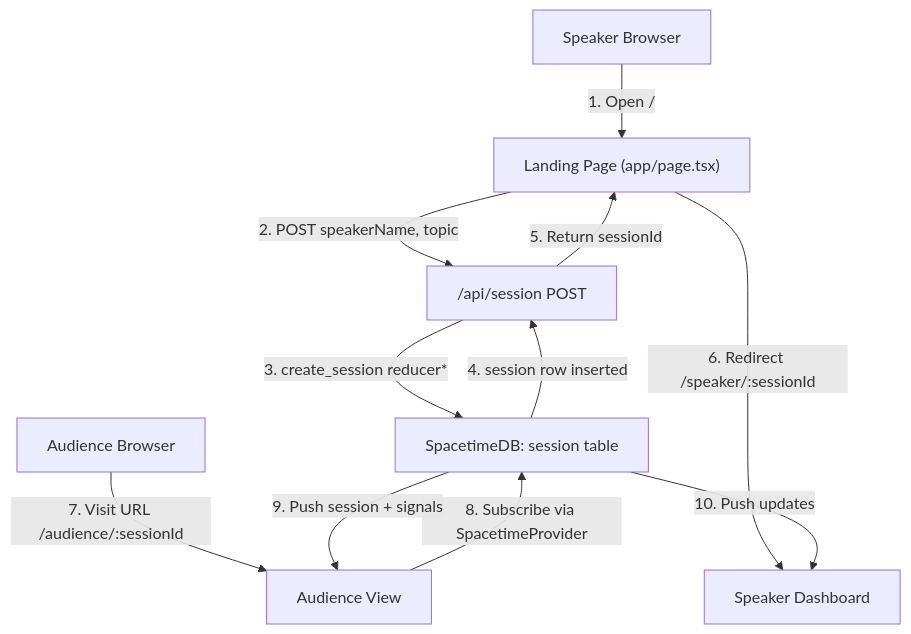
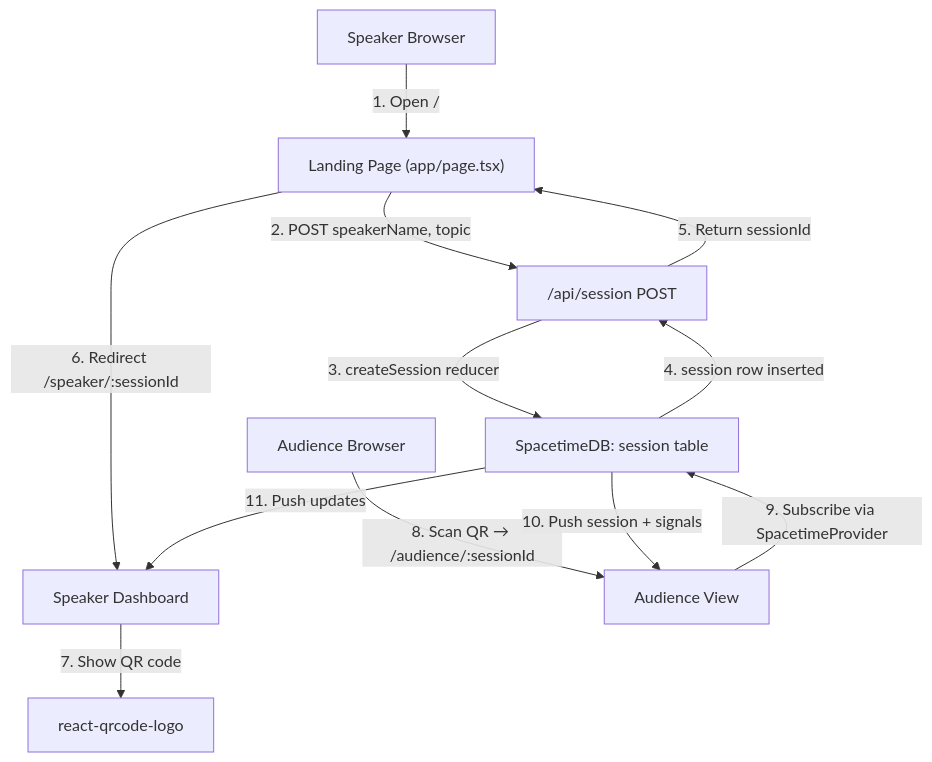
Before and after one commit to arvinder004/PULSE_HACKBYTE4.0: the fourth of 10 diagrams in PULSE_ARCHITECTUREPLAN.md, drawn with Mermaid. The commit also changed other lines of this file, not shown here.

````diff
--- a/PULSE_ARCHITECTUREPLAN.md
+++ b/PULSE_ARCHITECTUREPLAN.md
@@ -240,14 +338,15 @@
 ```mermaid
 flowchart TD
   Speaker[Speaker Browser] -->|1. Open /| LandingPage["Landing Page (app/page.tsx)"]
   LandingPage -->|2. POST speakerName, topic| SessionAPI["/api/session POST"]
-  SessionAPI -->|3. create_session reducer*| STDB["SpacetimeDB: session table"]
+  SessionAPI -->|3. createSession reducer| STDB["SpacetimeDB: session table"]
   STDB -->|4. session row inserted| SessionAPI
   SessionAPI -->|5. Return sessionId| LandingPage
   LandingPage -->|6. Redirect /speaker/:sessionId| SpeakerUI["Speaker Dashboard"]
+  SpeakerUI -->|7. Show QR code| QR["react-qrcode-logo"]
 
-  Audience[Audience Browser] -->|7. Visit URL /audience/:sessionId| AudienceUI["Audience View"]
-  AudienceUI -->|8. Subscribe via SpacetimeProvider| STDB
-  STDB -->|9. Push session + signals| AudienceUI
-  STDB -->|10. Push updates| SpeakerUI
+  Audience[Audience Browser] -->|8. Scan QR → /audience/:sessionId| AudienceUI["Audience View"]
+  AudienceUI -->|9. Subscribe via SpacetimeProvider| STDB
+  STDB -->|10. Push session + signals| AudienceUI
+  STDB -->|11. Push updates| SpeakerUI
 ```
````
